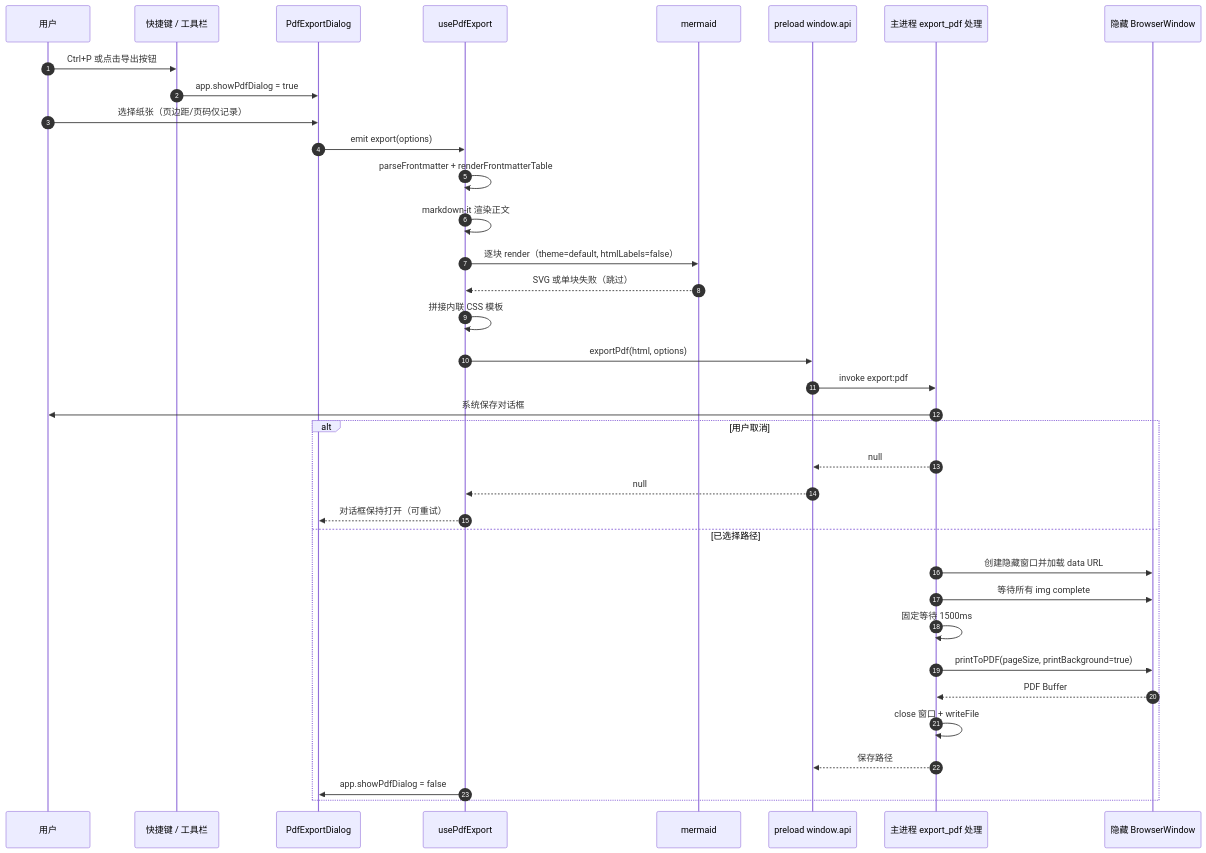
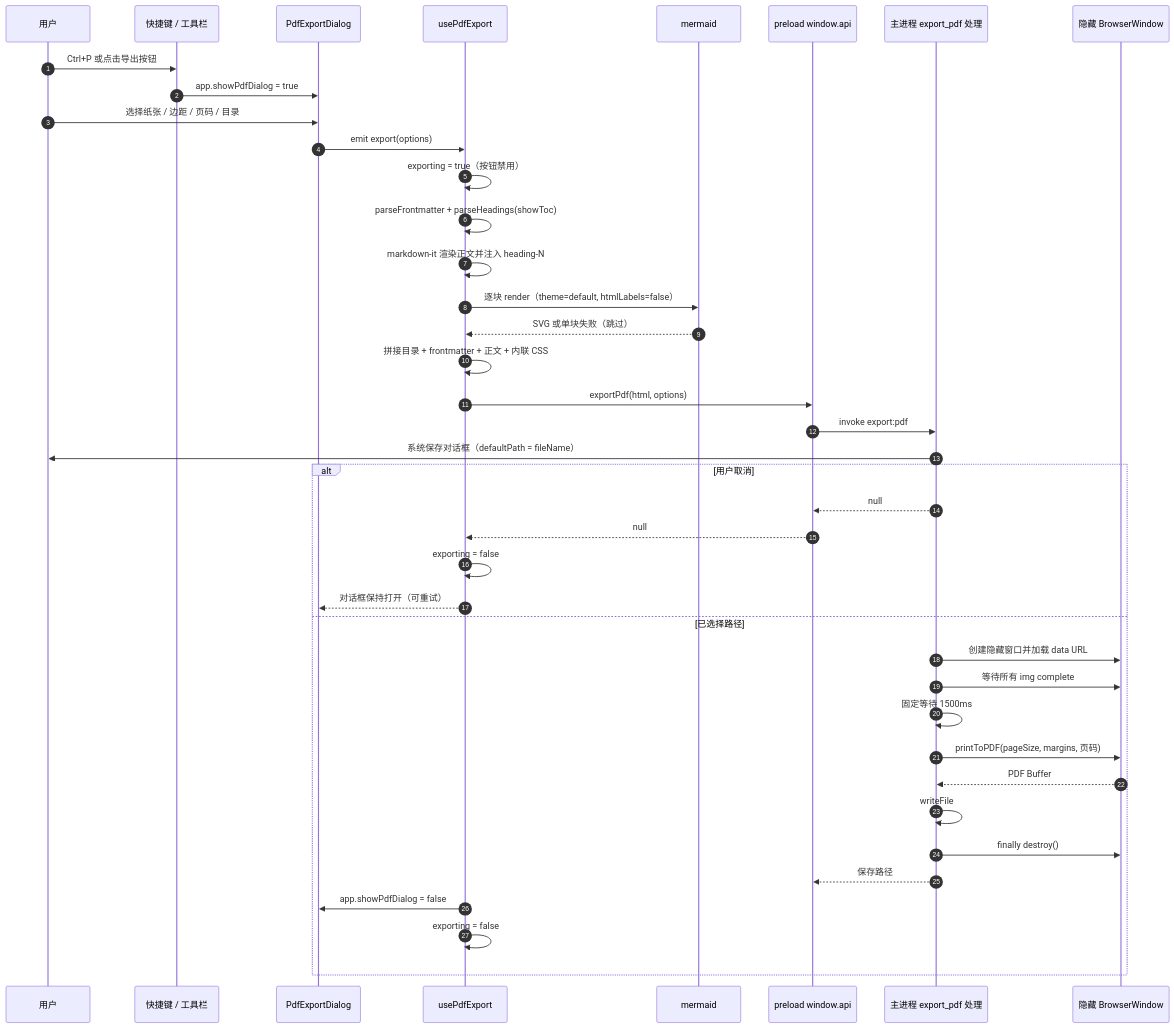
One commit to Harley-xk/mark-it changed the diagram in docs/PDF导出.md. Above: the diagram before and after it, drawn with Mermaid. The commit also changed other lines of this file and 47 other files, not shown here.

````diff
--- a/docs/PDF导出.md
+++ b/docs/PDF导出.md
@@ -60,39 +83,43 @@
 ```mermaid
 sequenceDiagram
     autonumber
     participant U as 用户
     participant K as 快捷键 / 工具栏
     participant D as PdfExportDialog
     participant C as usePdfExport
     participant M as mermaid
     participant API as preload window.api
     participant MAIN as 主进程 export_pdf 处理
     participant W as 隐藏 BrowserWindow
 
     U->>K: Ctrl+P 或点击导出按钮
     K->>D: app.showPdfDialog = true
-    U->>D: 选择纸张（页边距/页码仅记录）
+    U->>D: 选择纸张 / 边距 / 页码 / 目录
     D->>C: emit export(options)
-    C->>C: parseFrontmatter + renderFrontmatterTable
-    C->>C: markdown-it 渲染正文
+    C->>C: exporting = true（按钮禁用）
+    C->>C: parseFrontmatter + parseHeadings(showToc)
+    C->>C: markdown-it 渲染正文并注入 heading-N
     C->>M: 逐块 render（theme=default, htmlLabels=false）
     M-->>C: SVG 或单块失败（跳过）
-    C->>C: 拼接内联 CSS 模板
+    C->>C: 拼接目录 + frontmatter + 正文 + 内联 CSS
     C->>API: exportPdf(html, options)
     API->>MAIN: invoke export:pdf
-    MAIN->>U: 系统保存对话框
+    MAIN->>U: 系统保存对话框（defaultPath = fileName）
     alt 用户取消
         MAIN-->>API: null
         API-->>C: null
+        C->>C: exporting = false
         C-->>D: 对话框保持打开（可重试）
     else 已选择路径
         MAIN->>W: 创建隐藏窗口并加载 data URL
         MAIN->>W: 等待所有 img complete
         MAIN->>MAIN: 固定等待 1500ms
-        MAIN->>W: printToPDF(pageSize, printBackground=true)
+        MAIN->>W: printToPDF(pageSize, margins, 页码)
         W-->>MAIN: PDF Buffer
-        MAIN->>MAIN: close 窗口 + writeFile
+        MAIN->>MAIN: writeFile
+        MAIN->>W: finally destroy()
         MAIN-->>API: 保存路径
         C->>D: app.showPdfDialog = false
+        C->>C: exporting = false
     end
 ```
````
